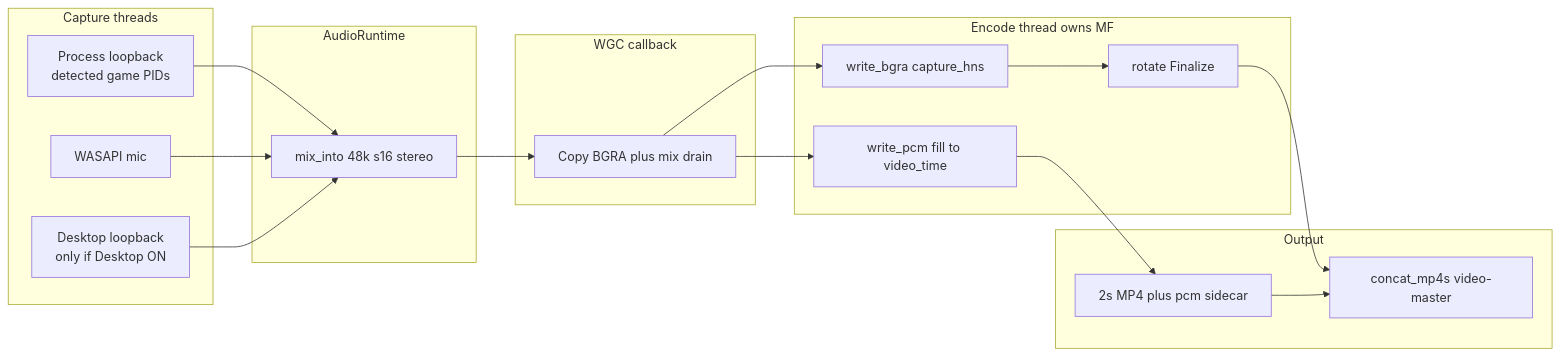
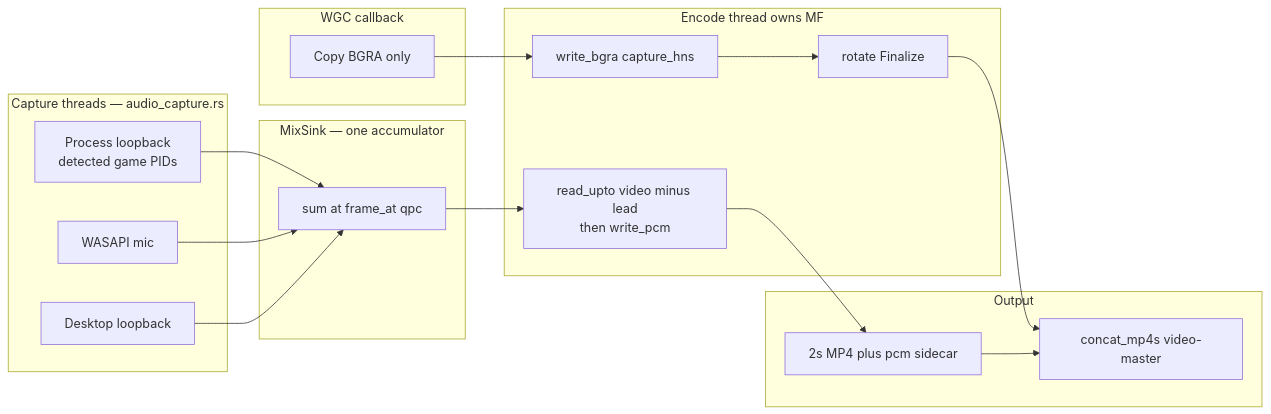
One commit to elite6108/replayr changed the first of 5 diagrams in docs/AUDIO_ROUTING.md. Above: the diagram before and after it, drawn with Mermaid. The commit also changed other lines of this file and 19 other files, not shown here.

Commit message:
Ship Replayr 0.1.9 with a position-stamped audio timeline and full Privacy and Terms pages.

````diff
--- a/docs/AUDIO_ROUTING.md
+++ b/docs/AUDIO_ROUTING.md
@@ -49,33 +51,32 @@
 ```mermaid
 flowchart LR
-  subgraph capture [Capture threads]
+  subgraph capture [Capture threads — audio_capture.rs]
     Game[Process loopback<br/>detected game PIDs]
     Mic[WASAPI mic]
-    Desk[Desktop loopback<br/>only if Desktop ON]
+    Desk[Desktop loopback]
   end
-  subgraph mix [AudioRuntime]
-    Mix[mix_into 48k s16 stereo]
+  subgraph mix [MixSink — one accumulator]
+    Sink[sum at frame_at qpc]
   end
   subgraph wgc [WGC callback]
-    Copy[Copy BGRA plus mix drain]
+    Copy[Copy BGRA only]
   end
   subgraph enc [Encode thread owns MF]
     Vid[write_bgra capture_hns]
-    Pcm[write_pcm fill to video_time]
+    Pcm[read_upto video minus lead<br/>then write_pcm]
     Rot[rotate Finalize]
   end
   subgraph out [Output]
     Seg[2s MP4 plus pcm sidecar]
     Remux[concat_mp4s video-master]
   end
-  Game --> Mix
-  Mic --> Mix
-  Desk --> Mix
-  Mix --> Copy
+  Game --> Sink
+  Mic --> Sink
+  Desk --> Sink
   Copy --> Vid
-  Copy --> Pcm
+  Sink --> Pcm
   Vid --> Rot
   Pcm --> Seg
   Rot --> Remux
   Seg --> Remux
 ```
````
